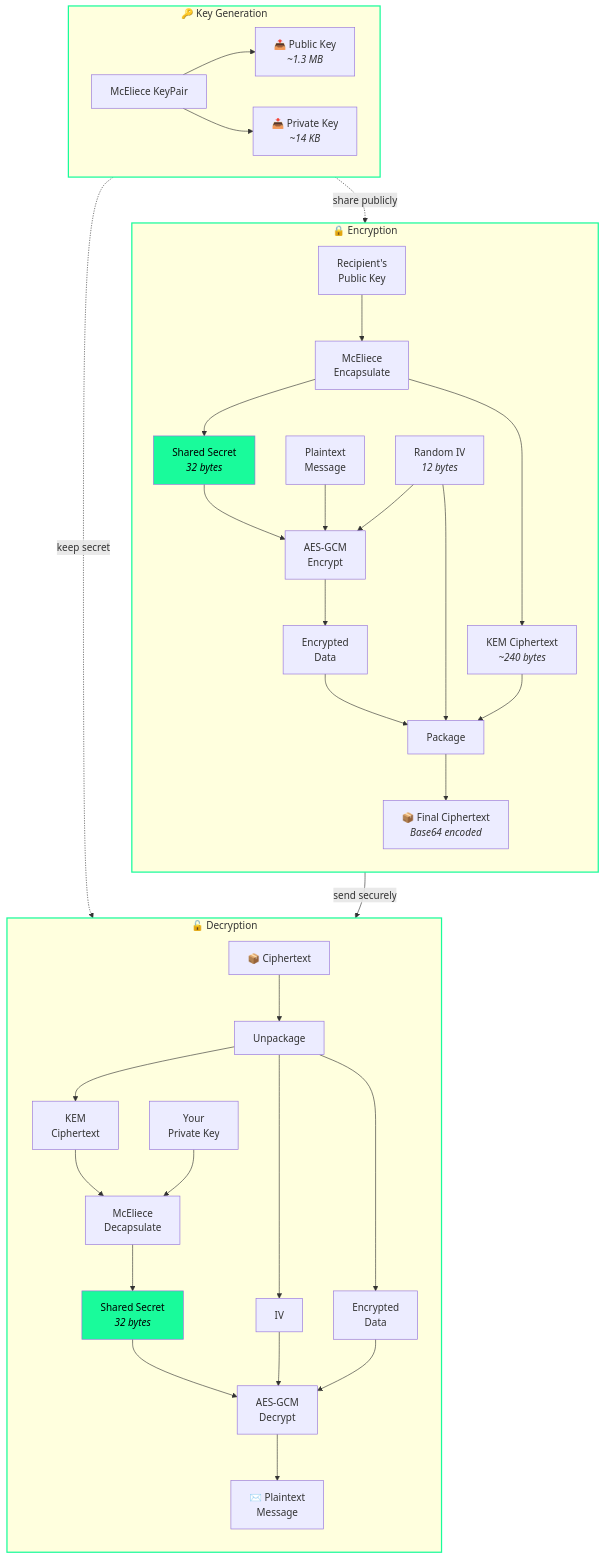
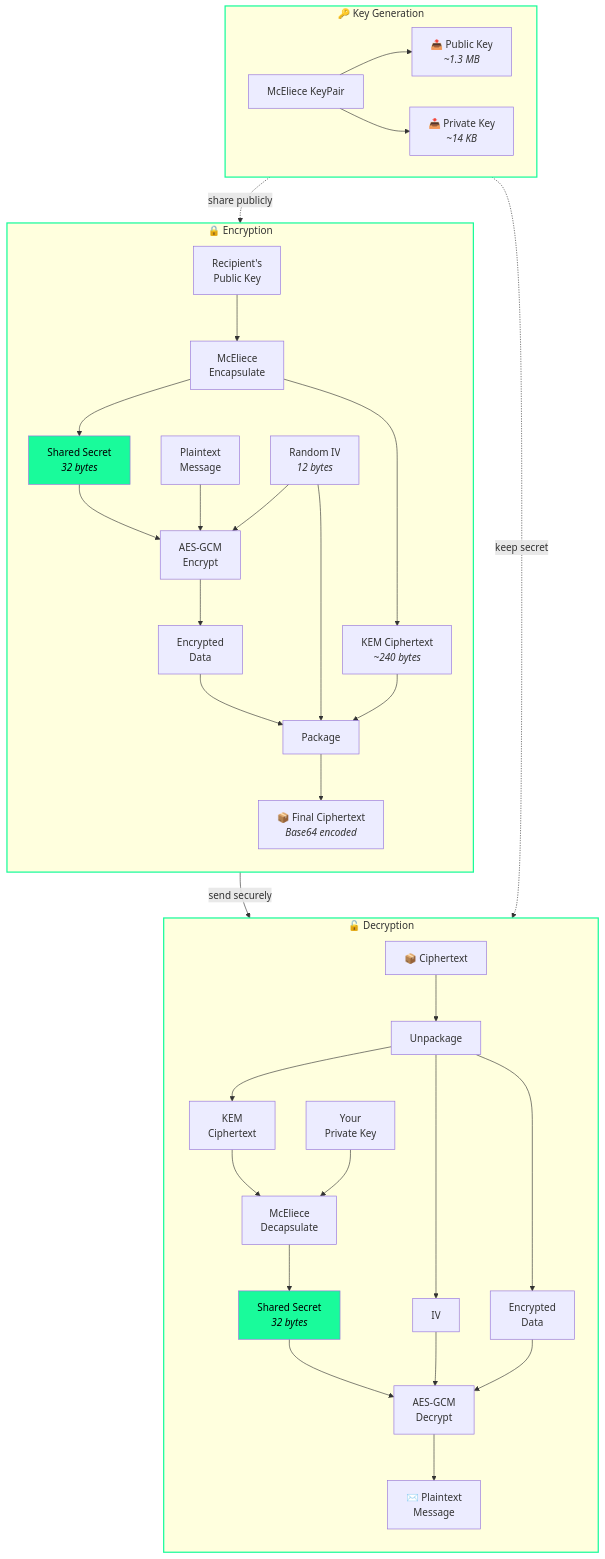
Before and after one commit to idos-network/pqdemo: the diagram in README.md, drawn with Mermaid.

Commit message:
fix: connect share publicly from Public Key, keep secret from Private Key

````diff
--- a/README.md
+++ b/README.md
@@ -18,48 +18,48 @@
 ```mermaid
 flowchart TB
     subgraph keygen["🔑 Key Generation"]
         direction LR
         KG[McEliece KeyPair] --> PK["📤 Public Key<br/><i>~1.3 MB</i>"]
         KG --> SK["📥 Private Key<br/><i>~14 KB</i>"]
     end
 
     subgraph encrypt["🔒 Encryption"]
         direction TB
         PK2["Recipient's<br/>Public Key"] --> KEM["McEliece<br/>Encapsulate"]
         KEM --> SECRET1["Shared Secret<br/><i>32 bytes</i>"]
         KEM --> KEMCT["KEM Ciphertext<br/><i>~240 bytes</i>"]
         SECRET1 --> AES["AES-GCM<br/>Encrypt"]
         MSG["Plaintext<br/>Message"] --> AES
         IV["Random IV<br/><i>12 bytes</i>"] --> AES
         AES --> AESCT["Encrypted<br/>Data"]
         KEMCT --> PKG["Package"]
         IV --> PKG
         AESCT --> PKG
         PKG --> FINAL["📦 Final Ciphertext<br/><i>Base64 encoded</i>"]
     end
 
     subgraph decrypt["🔓 Decryption"]
         direction TB
         CT["📦 Ciphertext"] --> UNPKG["Unpackage"]
         UNPKG --> KEMCT2["KEM<br/>Ciphertext"]
         UNPKG --> IV2["IV"]
         UNPKG --> AESCT2["Encrypted<br/>Data"]
         KEMCT2 --> KEMDEC["McEliece<br/>Decapsulate"]
         SK2["Your<br/>Private Key"] --> KEMDEC
         KEMDEC --> SECRET2["Shared Secret<br/><i>32 bytes</i>"]
         SECRET2 --> AESDEC["AES-GCM<br/>Decrypt"]
         IV2 --> AESDEC
         AESCT2 --> AESDEC
         AESDEC --> PLAIN["✉️ Plaintext<br/>Message"]
     end
 
-    keygen -.->|"share publicly"| encrypt
-    keygen -.->|"keep secret"| decrypt
+    PK -.->|"share publicly"| encrypt
+    SK -.->|"keep secret"| decrypt
     encrypt -->|"send securely"| decrypt
 
     style keygen stroke:#19FB9B,stroke-width:2px
     style encrypt stroke:#19FB9B,stroke-width:2px
     style decrypt stroke:#19FB9B,stroke-width:2px
     style SECRET1 fill:#19FB9B,color:#000
     style SECRET2 fill:#19FB9B,color:#000
 ```
````
